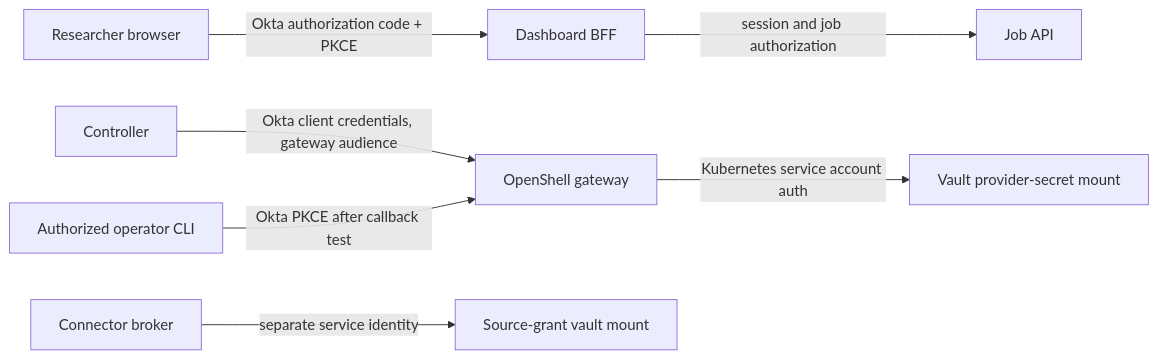
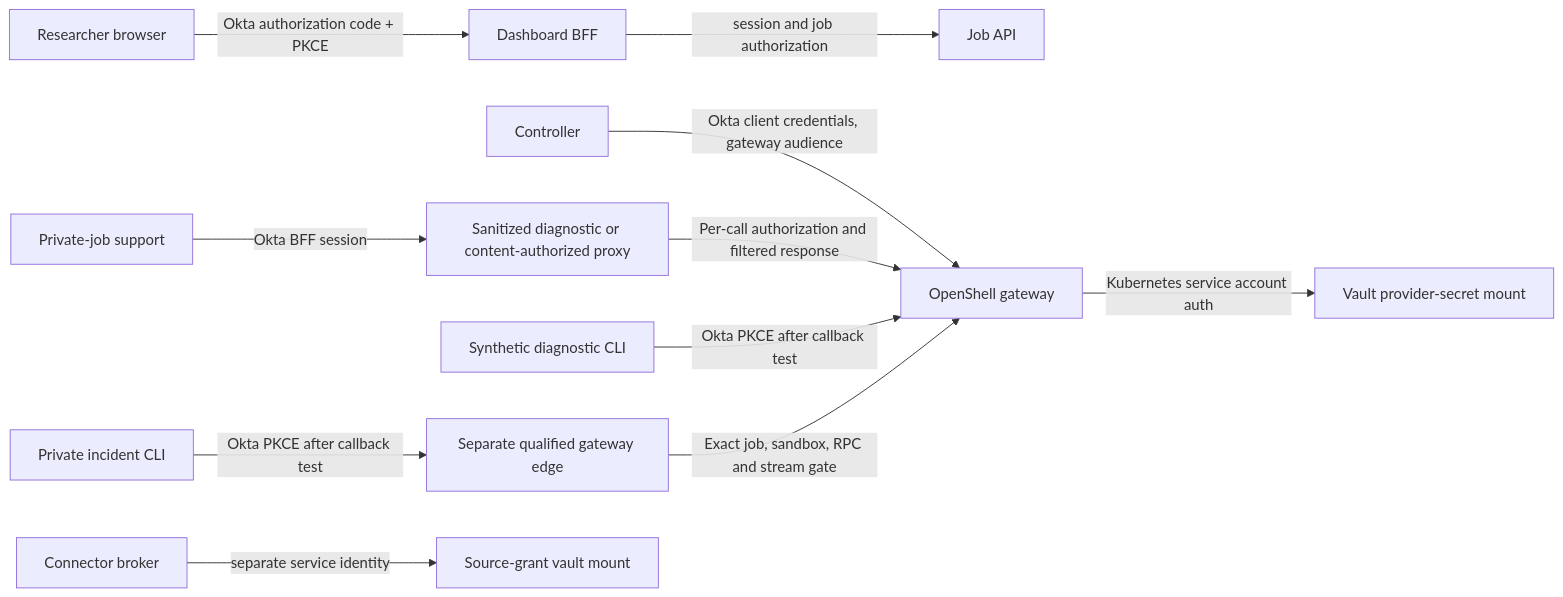
The fourth of 10 diagrams in docs/design/deployment-and-operations.md (gvaibhav/openshell-deep-research-platform), drawn with Mermaid before and after one commit. The commit also changed other lines of this file and 48 other files, not shown here.

````diff
--- a/docs/design/deployment-and-operations.md
+++ b/docs/design/deployment-and-operations.md
@@ -139,9 +141,13 @@
 ```mermaid
 flowchart LR
     Browser["Researcher browser"] -->|"Okta authorization code + PKCE"| BFF["Dashboard BFF"]
     BFF -->|"session and job authorization"| API["Job API"]
     Controller["Controller"] -->|"Okta client credentials, gateway audience"| Gateway["OpenShell gateway"]
-    Operator["Authorized operator CLI"] -->|"Okta PKCE after callback test"| Gateway
+    Support["Private-job support"] -->|"Okta BFF session"| Proxy["Sanitized diagnostic or content-authorized proxy"]
+    Proxy -->|"Per-call authorization and filtered response"| Gateway
+    Operator["Synthetic diagnostic CLI"] -->|"Okta PKCE after callback test"| Gateway
+    IncidentCLI["Private incident CLI"] -->|"Okta PKCE after callback test"| IncidentEdge["Separate qualified gateway edge"]
+    IncidentEdge -->|"Exact job, sandbox, RPC and stream gate"| Gateway
     Gateway -->|"Kubernetes service account auth"| Vault["Vault provider-secret mount"]
     Broker["Connector broker"] -->|"separate service identity"| Grants["Source-grant vault mount"]
 ```
````
